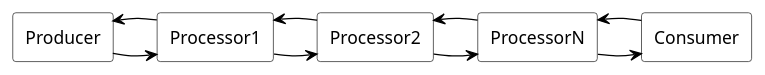
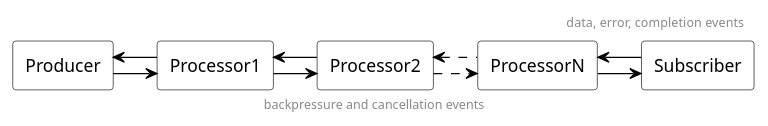
One commit to ti-cortex-m4/demo-java-reactive-streams-old changed the diagram in images/diagram.puml. Above: the diagram before and after it, drawn with PlantUML.

```diff
--- a/images/diagram.puml
+++ b/images/diagram.puml
@@ -1,36 +1,44 @@
 @startuml
 
+skinparam linetype ortho
 skinparam RectangleBackgroundColor white
 skinparam RectangleBorderColor black
 skinparam RectangleFontName Source Sans Pro
+skinparam ArrowColor black
 
-skinparam ArrowColor black
+header
+data, error, completion events
+end header
+
+footer
+backpressure and cancellation events
+end footer
 
 rectangle Producer {
 }
 
 rectangle Processor1 {
 }
 
 rectangle Processor2 {
 }
 
 rectangle ProcessorN {
 }
 
-rectangle Consumer {
+rectangle Subscriber {
 }
 
-Producer -right-> Processor1
 Producer <- Processor1
+Producer -right> Processor1
 
-Processor1 -right-> Processor2
 Processor1 <- Processor2
+Processor1 -right> Processor2
 
-Processor2 -right-> ProcessorN
-Processor2 <- ProcessorN
+Processor2 <. ProcessorN
+Processor2 .right> ProcessorN
 
-ProcessorN -right-> Consumer
-ProcessorN <- Consumer
+ProcessorN <- Subscriber
+ProcessorN -right> Subscriber
 
 @enduml
```
